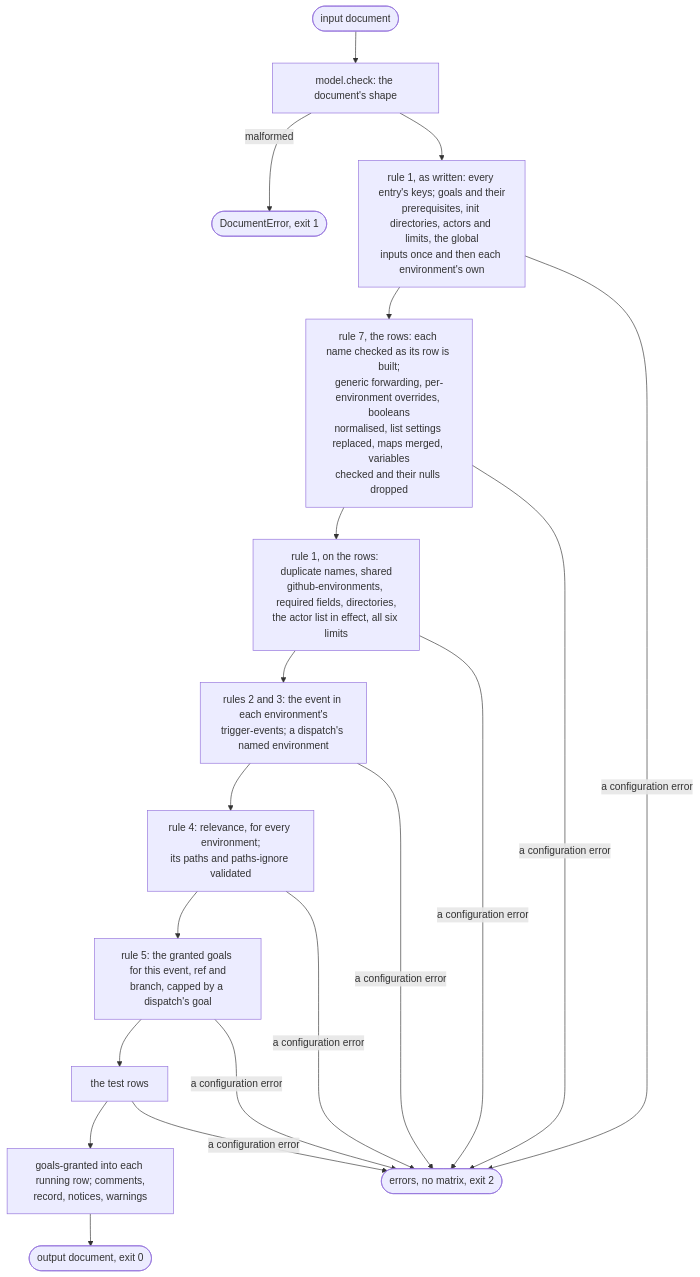
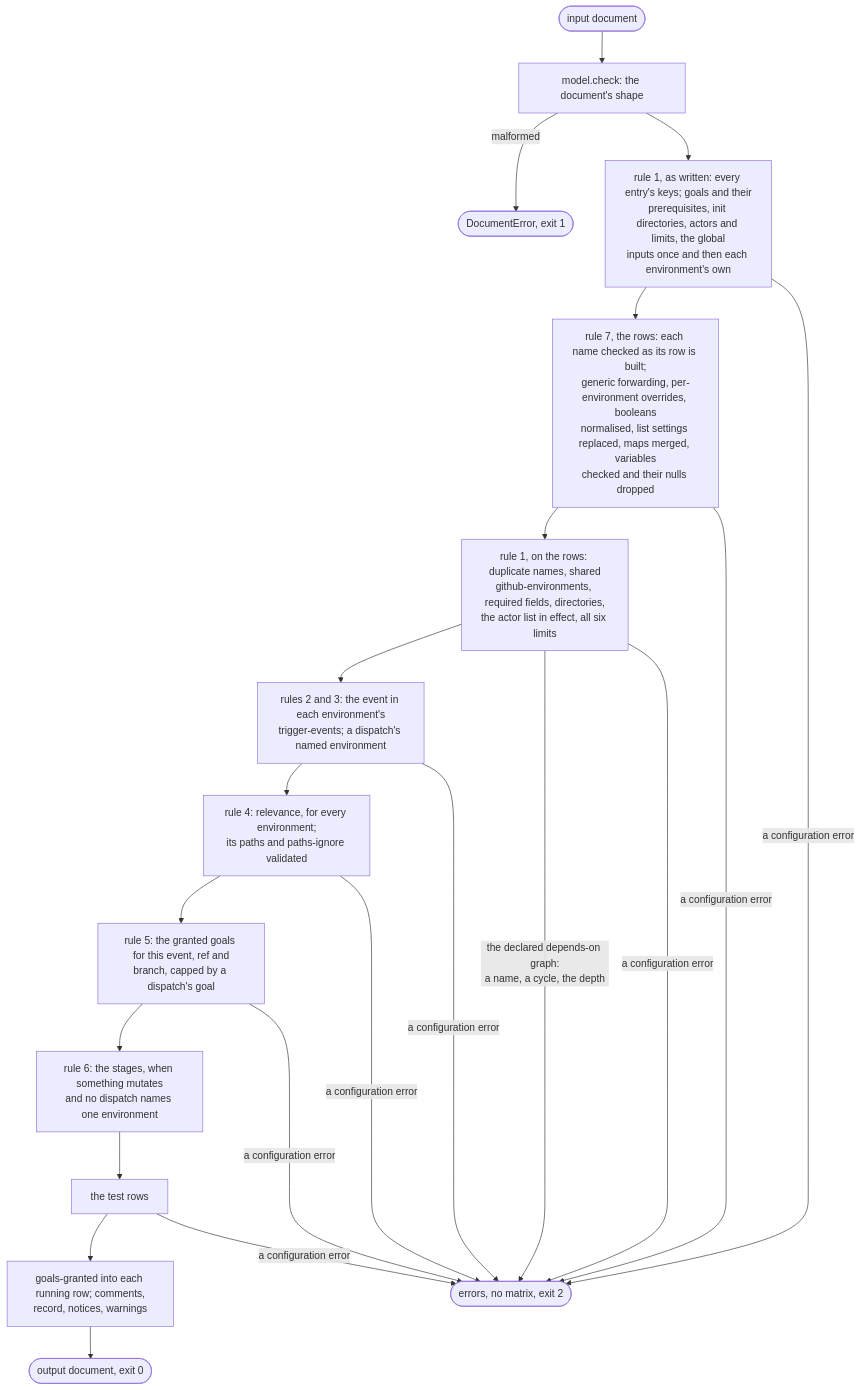
The second of 3 diagrams in docs/Decision-engine.md (dsb-norge/github-actions-terraform), drawn with Mermaid before and after one commit. The commit also changed other lines of this file and 2 other files, not shown here.

First line of the commit message:
docs: environment ordering, as built

````diff
--- a/docs/Decision-engine.md
+++ b/docs/Decision-engine.md
@@ -415,15 +416,17 @@
 ```mermaid
 flowchart TD
   doc(["input document"]) --> shape["model.check: the document's shape"]
   shape -->|malformed| fault(["DocumentError, exit 1"])
   shape --> r1a["rule 1, as written: every entry's keys; goals and their<br/>prerequisites, init directories, actors and limits, the global<br/>inputs once and then each environment's own"]
   r1a --> r7["rule 7, the rows: each name checked as its row is built;<br/>generic forwarding, per-environment overrides, booleans<br/>normalised, list settings replaced, maps merged, variables<br/>checked and their nulls dropped"]
   r7 --> r1b["rule 1, on the rows: duplicate names, shared<br/>github-environments, required fields, directories,<br/>the actor list in effect, all six limits"]
   r1b --> r23["rules 2 and 3: the event in each environment's<br/>trigger-events; a dispatch's named environment"]
   r23 --> r4["rule 4: relevance, for every environment;<br/>its paths and paths-ignore validated"]
   r4 --> r5["rule 5: the granted goals for this event, ref and<br/>branch, capped by a dispatch's goal"]
-  r5 --> t["the test rows"]
+  r5 --> r6["rule 6: the stages, when something mutates<br/>and no dispatch names one environment"]
+  r6 --> t["the test rows"]
   t --> out["goals-granted into each running row; comments,<br/>record, notices, warnings"]
   out --> done(["output document, exit 0"])
+  r1b -->|"the declared depends-on graph:<br/>a name, a cycle, the depth"| invalid
   r1a & r7 & r1b & r23 & r4 & r5 & t -->|a configuration error| invalid(["errors, no matrix, exit 2"])
 ```
````
